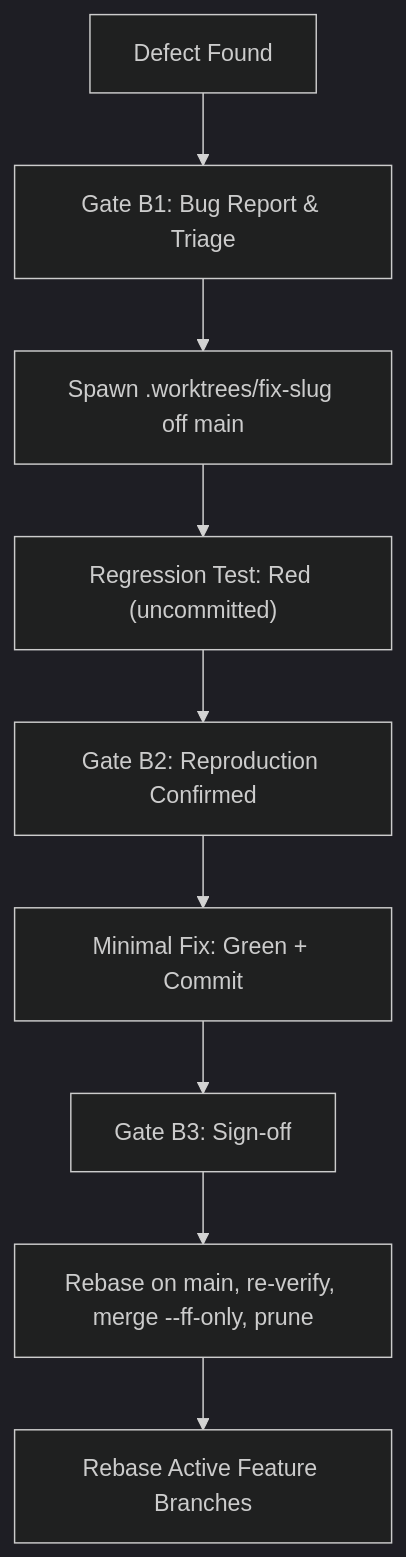
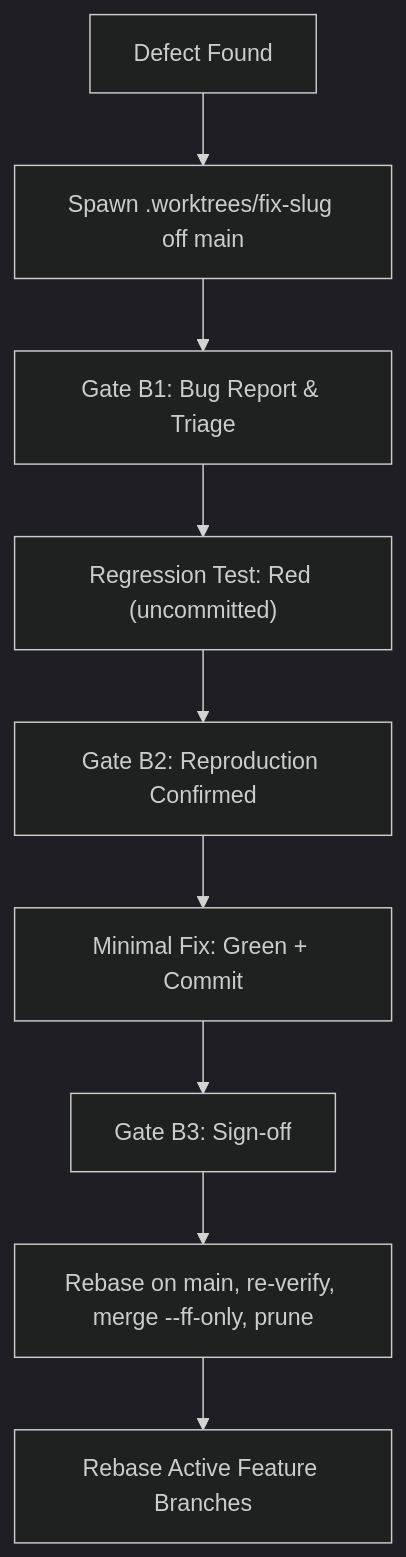
Before and after one commit to mgabs/spec-rails: the second of 2 diagrams in openspec/spec-rails/WORKFLOW.md, drawn with Mermaid (dark theme). The commit also changed other lines of this file and 58 other files, not shown here.

````diff
--- a/openspec/spec-rails/WORKFLOW.md
+++ b/openspec/spec-rails/WORKFLOW.md
@@ -186,11 +186,11 @@
 ```mermaid
 flowchart TD
-    BR[Defect Found] --> GB1[Gate B1: Bug Report & Triage]
-    GB1 --> WT[Spawn .worktrees/fix-slug off main]
-    WT --> T_Red["Regression Test: Red (uncommitted)"]
+    BR[Defect Found] --> WT[Spawn .worktrees/fix-slug off main]
+    WT --> GB1[Gate B1: Bug Report & Triage]
+    GB1 --> T_Red["Regression Test: Red (uncommitted)"]
     T_Red --> GB2[Gate B2: Reproduction Confirmed]
     GB2 --> C_Green[Minimal Fix: Green + Commit]
     C_Green --> GB3[Gate B3: Sign-off]
     GB3 --> Merge["Rebase on main, re-verify, merge --ff-only, prune"]
     Merge --> Rebase[Rebase Active Feature Branches]
 ```
````
